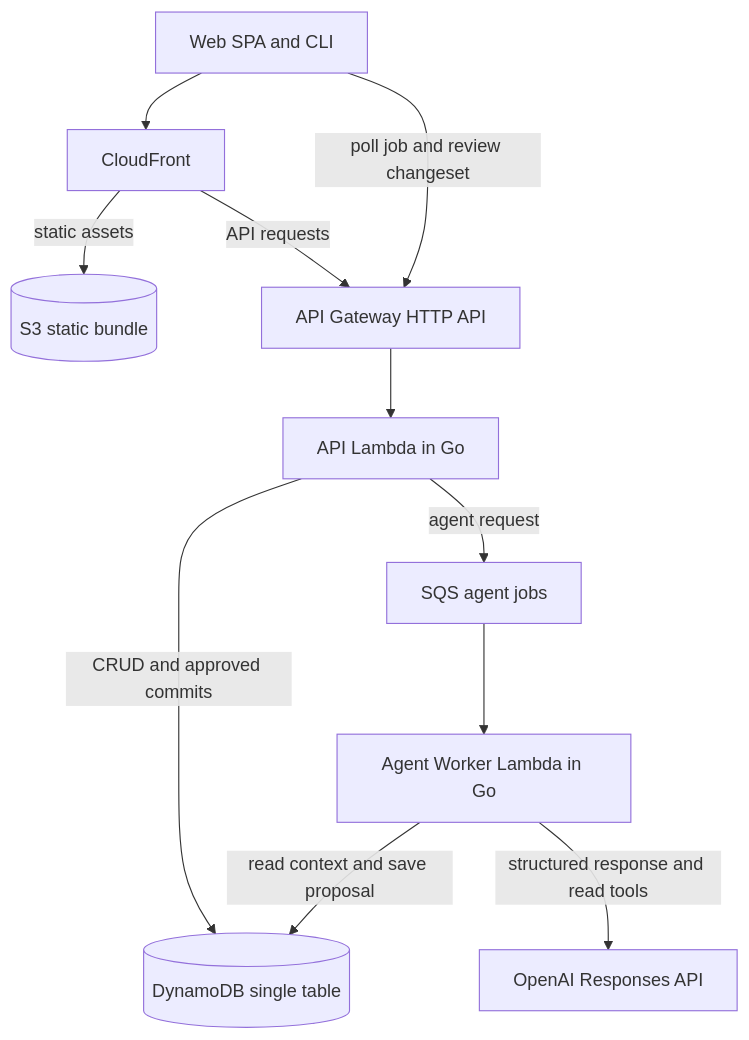
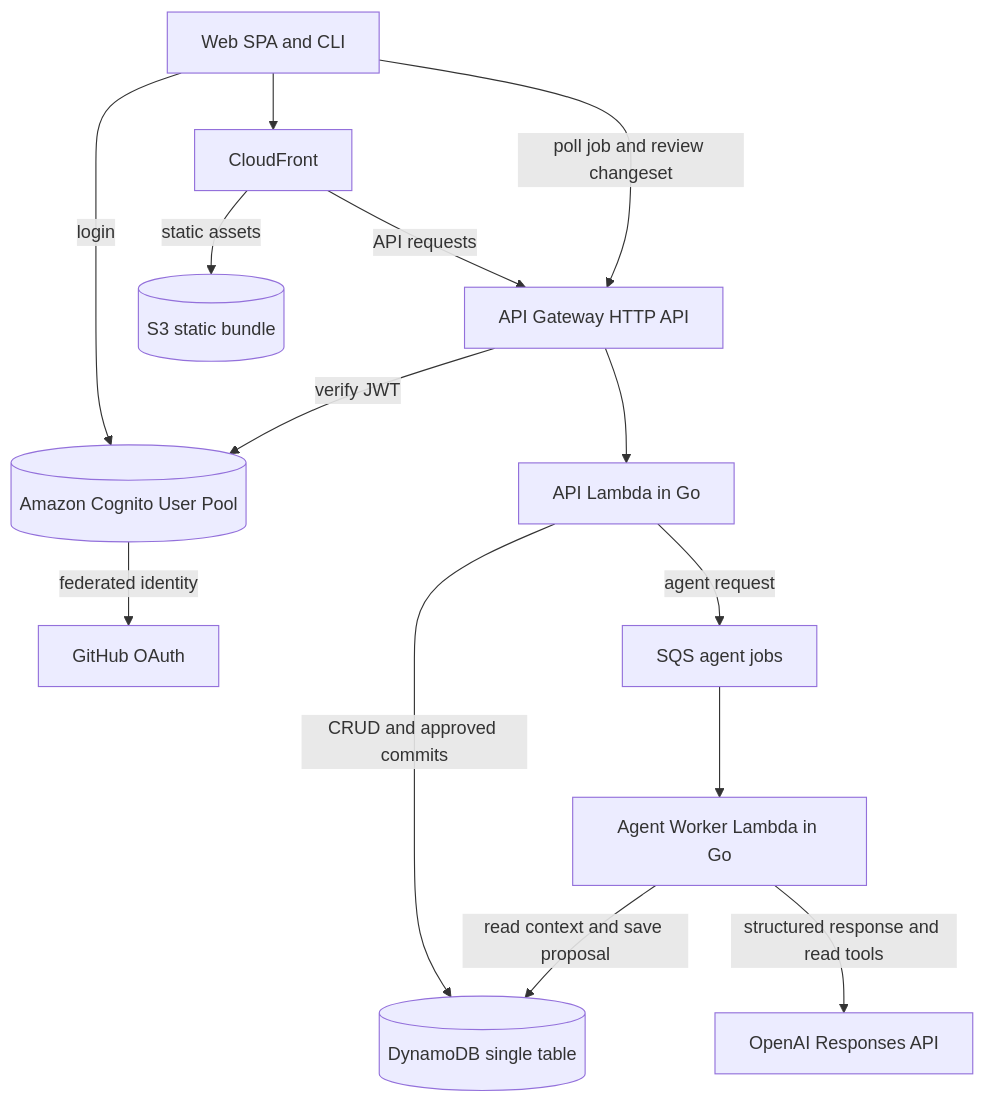
The first of 2 diagrams in architecture.md (esvarez/lucas-assist), drawn with Mermaid before and after one commit. The commit also changed other lines of this file, not shown here.

First line of the commit message:
docs: adopt Amazon Cognito as identity and token provider

````diff
--- a/architecture.md
+++ b/architecture.md
@@ -15,23 +15,28 @@
 ```mermaid
 flowchart TB
     Client["Web SPA and CLI"]
     CF["CloudFront"]
     S3[("S3 static bundle")]
     APIGW["API Gateway HTTP API"]
     API["API Lambda in Go"]
     Queue["SQS agent jobs"]
     Worker["Agent Worker Lambda in Go"]
     DDB[("DynamoDB single table")]
     OAI["OpenAI Responses API"]
+    Cognito[("Amazon Cognito User Pool")]
+    GitHub["GitHub OAuth"]
 
+    Client -->|"login"| Cognito
+    Cognito -->|"federated identity"| GitHub
     Client --> CF
     CF -->|"static assets"| S3
     CF -->|"API requests"| APIGW
+    APIGW -->|"verify JWT"| Cognito
     APIGW --> API
     API -->|"CRUD and approved commits"| DDB
     API -->|"agent request"| Queue
     Queue --> Worker
     Worker -->|"read context and save proposal"| DDB
     Worker -->|"structured response and read tools"| OAI
     Client -->|"poll job and review changeset"| APIGW
 ```
````
